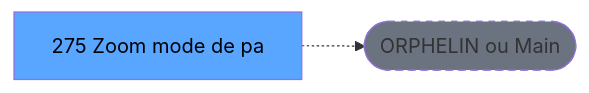
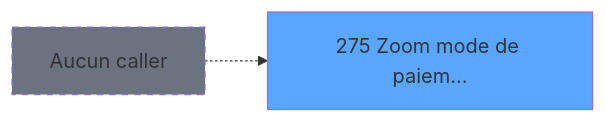
The second of 3 diagrams in .openspec/specs/ADH-IDE-275.md (thonyAGP/magic-migration), drawn with Mermaid before and after one commit. The commit also changed other lines of this file and 493 other files, not shown here.

````diff
--- a/.openspec/specs/ADH-IDE-275.md
+++ b/.openspec/specs/ADH-IDE-275.md
@@ -122,8 +198,8 @@
 ```mermaid
 graph LR
-    T[275 Zoom mode de pa]
-    ORPHAN([ORPHELIN ou Main])
-    T -.-> ORPHAN
-    style T fill:#58a6ff,color:#000
-    style ORPHAN fill:#6b7280,stroke-dasharray: 5 5
+    T275[275 Zoom mode de paiem...]
+    style T275 fill:#58a6ff
+    NONE[Aucun caller]
+    NONE -.-> T275
+    style NONE fill:#6b7280,stroke-dasharray: 5 5
 ```
````
